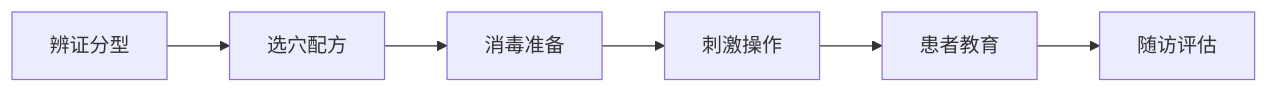
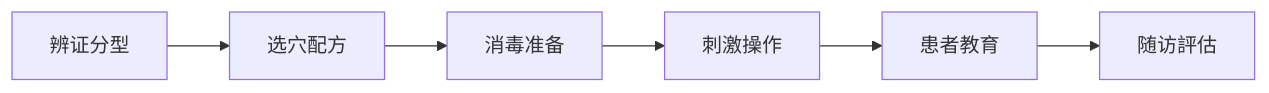
One commit to kmjade/knowledge-value changed the second of 2 diagrams in 3 Resources/01-Tech/🏥 专业知识/耳穴知识库/04_临床应用/失眠症耳穴治疗方案.md. Above: the diagram before and after it, drawn with Mermaid. The commit also changed other lines of this file and 653 other files, not shown here.

````diff
--- a/3 Resources/01-Tech/🏥 专业知识/耳穴知识库/04_临床应用/失眠症耳穴治疗方案.md
+++ b/3 Resources/01-Tech/🏥 专业知识/耳穴知识库/04_临床应用/失眠症耳穴治疗方案.md
@@ -135,8 +135,8 @@
 ```mermaid
 flowchart LR
     A[辨证分型] --> B[选穴配方]
     B --> C[消毒准备]
     C --> D[刺激操作]
     D --> E[患者教育]
-    E --> F[随访评估]
+    E --> F[随访評估]
 ```
````
